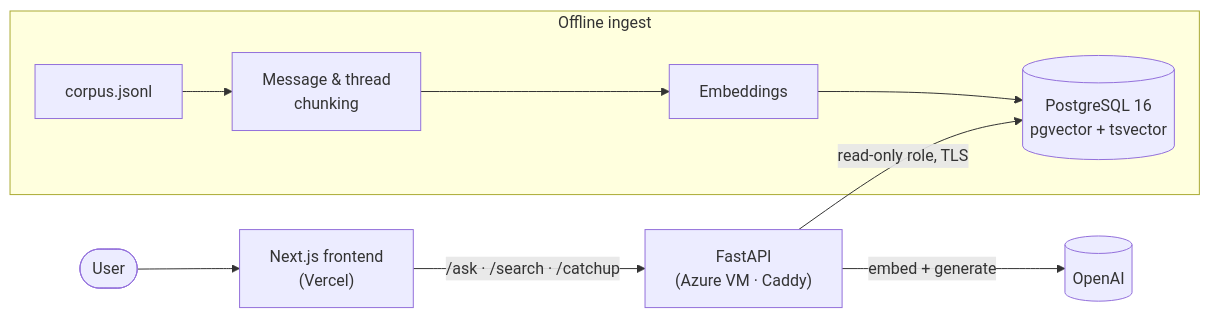
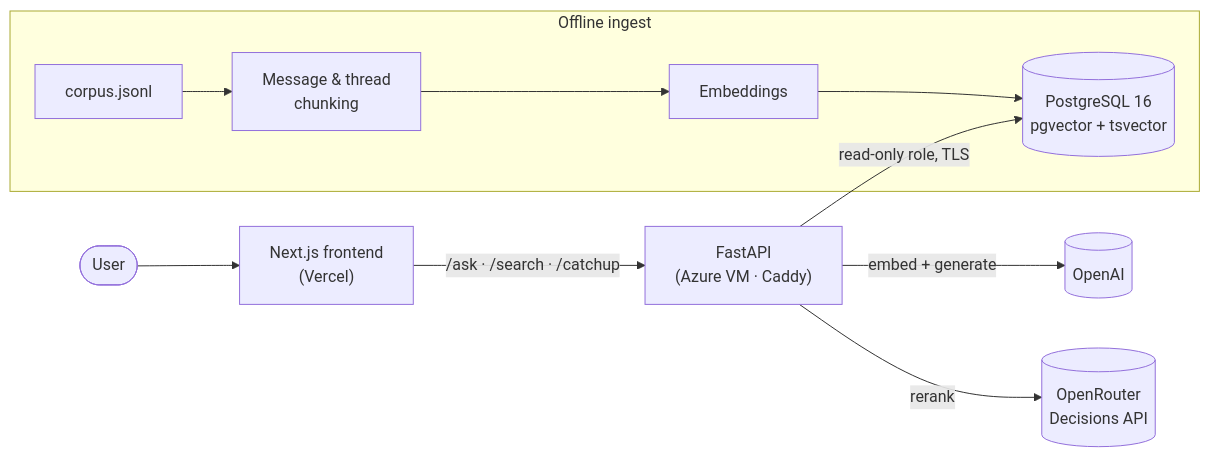
One commit to AbhayKale332/RecallHQ changed the first of 3 diagrams in README.md. Above: the diagram before and after it, drawn with Mermaid. The commit also changed other lines of this file and 3 other files, not shown here.

````diff
--- a/README.md
+++ b/README.md
@@ -37,11 +38,12 @@
 ```mermaid
 flowchart LR
     U([User]) --> FE["Next.js frontend<br/>(Vercel)"]
     FE -->|"/ask · /search · /catchup"| API["FastAPI<br/>(Azure VM · Caddy)"]
     API -->|embed + generate| OAI[(OpenAI)]
+    API -->|rerank| ORT[(OpenRouter<br/>Decisions API)]
     API -->|read-only role, TLS| PG[("PostgreSQL 16<br/>pgvector + tsvector")]
 
     subgraph Offline ingest
         C[corpus.jsonl] --> CH[Message & thread<br/>chunking] --> EM[Embeddings] --> PG
     end
 ```
````
